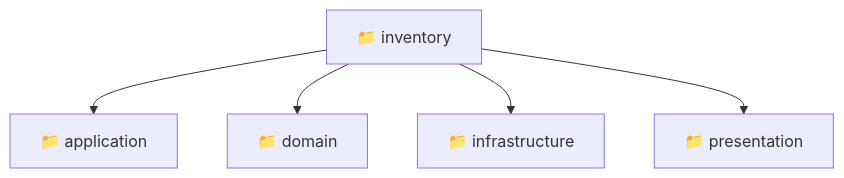
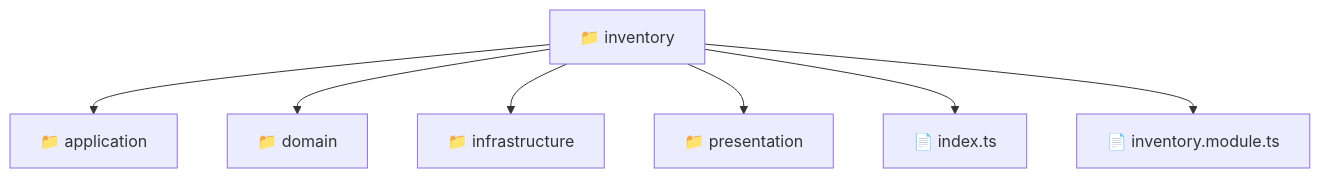
One commit to beginwebdev2002/fullstack-mavluda changed the diagram in backend/src/modules/inventory/README.md. Above: the diagram before and after it, drawn with Mermaid. The commit also changed other lines of this file and 165 other files, not shown here.

First line of the commit message:
docs: generate localized architectural READMEs

````diff
--- a/backend/src/modules/inventory/README.md
+++ b/backend/src/modules/inventory/README.md
@@ -10,8 +9,10 @@
 ```mermaid
 graph TD
-  Root["📁 inventory"]
-  Root --> application["📁 application"]
-  Root --> domain["📁 domain"]
-  Root --> infrastructure["📁 infrastructure"]
-  Root --> presentation["📁 presentation"]
+  inventory["📁 inventory"]
+  inventory --> application["📁 application"]
+  inventory --> domain["📁 domain"]
+  inventory --> infrastructure["📁 infrastructure"]
+  inventory --> presentation["📁 presentation"]
+  inventory --> index_ts["📄 index.ts"]
+  inventory --> inventory_module_ts["📄 inventory.module.ts"]
 ```
````
